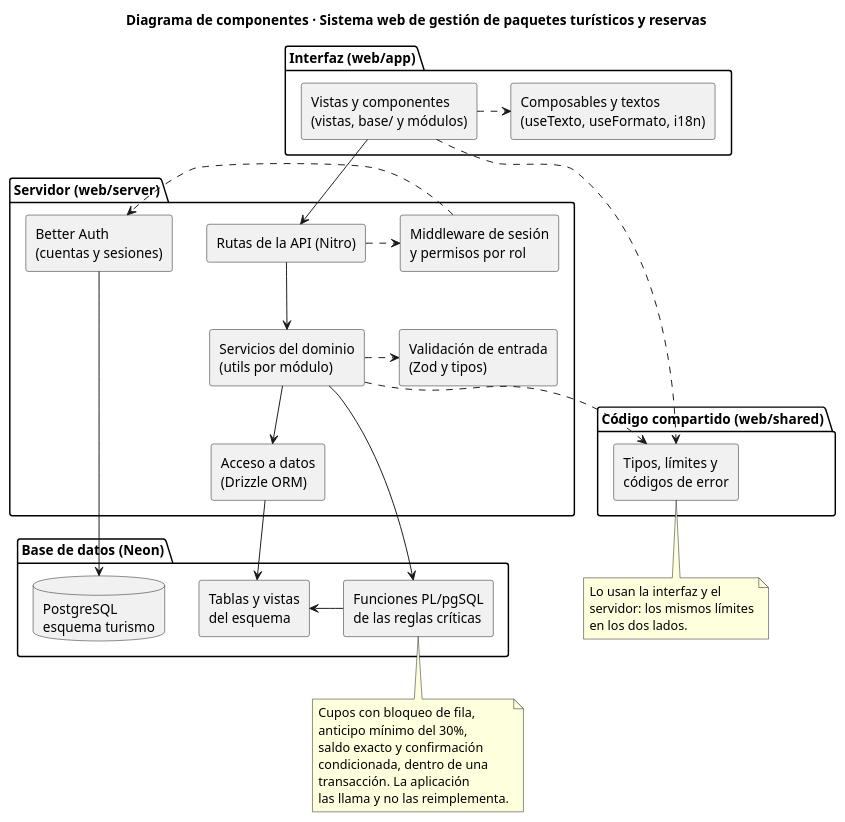
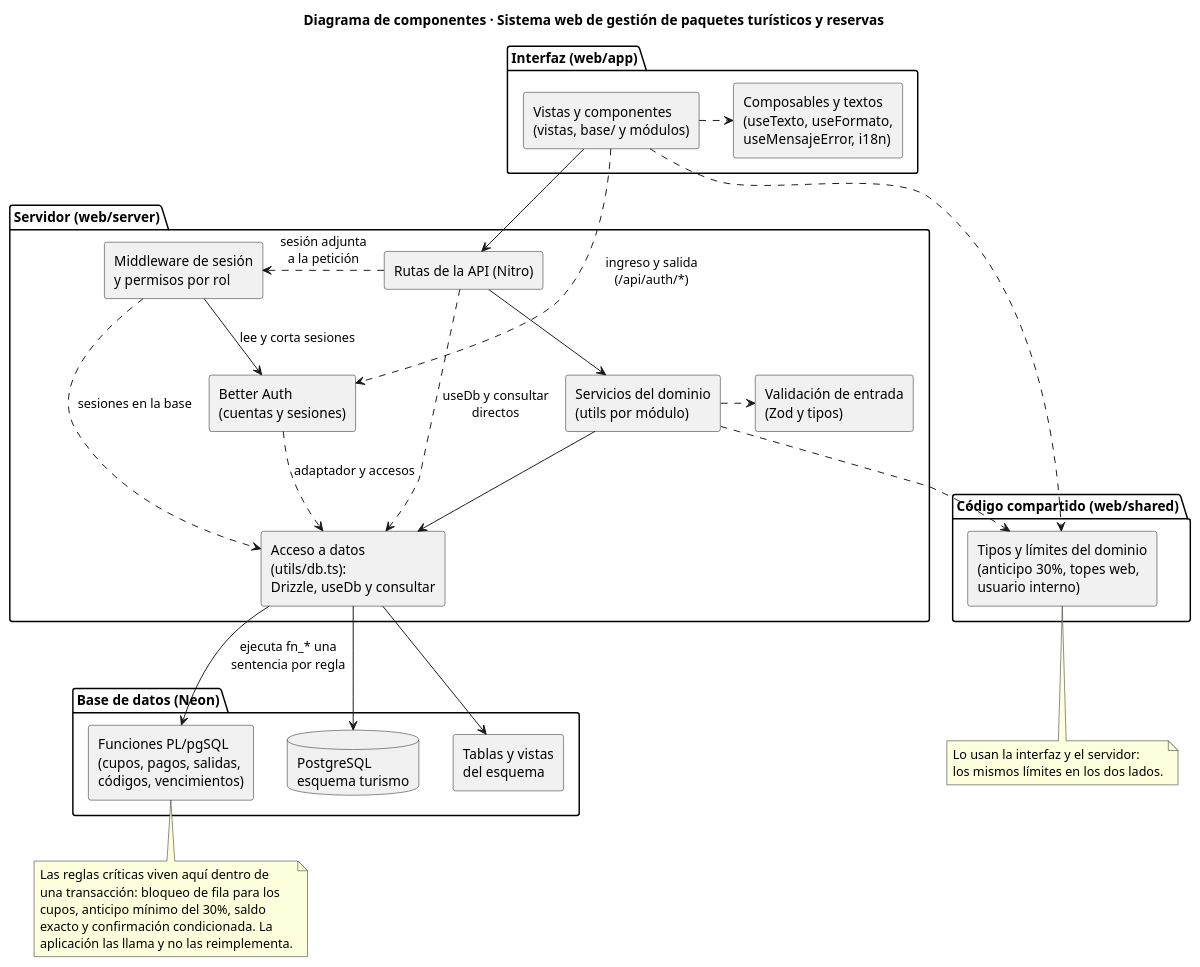
The diagram in sistema/diagramas/uml/estructural/diagrama-componentes.puml (fervflow/sis-inf3-proyecto-formativo), drawn with PlantUML before and after one commit. The commit also changed 1 other file, not shown here.

Commit message:
docs(diagramas): componente verificado contra el codigo
Auditoria del diagrama de componentes contra el arbol real de la web:
- Puerta unica de datos: todo el acceso pasa por utils/db.ts (Drizzle,
  useDb y consultar sobre el pool pg); rutas, middleware y Better Auth
  lo usan directamente, y de el salen las llamadas a tablas, vistas y
  funciones fn_*.
- Relacion nueva interfaz -> Better Auth: el ingreso y la salida van por
  /api/auth/* sin pasar por las rutas propias.
- Etiquetas precisas: composables con useMensajeError, compartido con
  tipos y limites (anticipo, topes web, usuario interno), funciones
  PL/pgSQL con el conjunto completo que llama la aplicacion.
- Verificacion sintactica y de rutas sin problemas; README actualizado.

```diff
--- a/sistema/diagramas/uml/estructural/diagrama-componentes.puml
+++ b/sistema/diagramas/uml/estructural/diagrama-componentes.puml
@@ -1,62 +1,65 @@
 @startuml
 title Diagrama de componentes · Sistema web de gestión de paquetes turísticos y reservas
-' Estructura del software: la interfaz llama a la API de Nitro; la API
-' usa los servicios del dominio y Better Auth; las reglas críticas (cupos,
-' anticipo, confirmación) viven en las funciones PL/pgSQL de la base y la
-' aplicación las llama, no las reimplementa.
+' Estructura del software verificada contra el código: la interfaz llama a
+' la API de Nitro y a Better Auth; las reglas críticas (cupos, anticipo,
+' confirmación) viven en las funciones PL/pgSQL de la base, y TODO el
+' acceso a datos pasa por utils/db.ts (Drizzle y consultar sobre un pool
+' pg): la aplicación las llama con una sola sentencia y no las
+' reimplementa.
 hide circle
 skinparam componentStyle rectangle
 
 package "Interfaz (web/app)" {
   component "Vistas y componentes\n(vistas, base/ y módulos)" as UI_VISTAS
-  component "Composables y textos\n(useTexto, useFormato, i18n)" as UI_COMPOSABLES
+  component "Composables y textos\n(useTexto, useFormato,\nuseMensajeError, i18n)" as UI_COMPOSABLES
 }
 
 package "Código compartido (web/shared)" {
-  component "Tipos, límites y\ncódigos de error" as SHARED
+  component "Tipos y límites del dominio\n(anticipo 30%, topes web,\nusuario interno)" as SHARED
 }
 
 package "Servidor (web/server)" {
   component "Middleware de sesión\ny permisos por rol" as MW
   component "Rutas de la API (Nitro)" as API
   component "Servicios del dominio\n(utils por módulo)" as SERV
   component "Validación de entrada\n(Zod y tipos)" as ZOD
   component "Better Auth\n(cuentas y sesiones)" as AUTH
-  component "Acceso a datos\n(Drizzle ORM)" as DRIZZLE
+  component "Acceso a datos\n(utils/db.ts):\nDrizzle, useDb y consultar" as DBACC
 }
 
 package "Base de datos (Neon)" {
   database "PostgreSQL\nesquema turismo" as PG
   component "Tablas y vistas\ndel esquema" as VISTAS
-  component "Funciones PL/pgSQL\nde las reglas críticas" as FNS
+  component "Funciones PL/pgSQL\n(cupos, pagos, salidas,\ncódigos, vencimientos)" as FNS
 }
 
 UI_VISTAS -down-> API
 UI_VISTAS .right.> UI_COMPOSABLES
-API .right.> MW
-MW .right.> AUTH
+UI_VISTAS ..> SHARED
+UI_VISTAS ..> AUTH : ingreso y salida\n(/api/auth/*)
+API .left.> MW : sesión adjunta\na la petición
+MW -down-> AUTH : lee y corta sesiones
 API -down-> SERV
+API ..> DBACC : useDb y consultar\ndirectos
+SERV -down-> DBACC
 SERV .right.> ZOD
 SERV ..> SHARED
-SERV -down-> DRIZZLE
-SERV -down-> FNS
-AUTH -down-> PG
-DRIZZLE -down-> VISTAS
-FNS -right-> VISTAS
-UI_VISTAS ..> SHARED
+MW ..> DBACC : sesiones en la base
+AUTH ..> DBACC : adaptador y accesos
+DBACC -down-> VISTAS
+DBACC -down-> FNS : ejecuta fn_* una\nsentencia por regla
+DBACC -down-> PG
 
 note bottom of FNS
-  Cupos con bloqueo de fila,
-  anticipo mínimo del 30%,
-  saldo exacto y confirmación
-  condicionada, dentro de una
-  transacción. La aplicación
-  las llama y no las reimplementa.
+  Las reglas críticas viven aquí dentro de
+  una transacción: bloqueo de fila para los
+  cupos, anticipo mínimo del 30%, saldo
+  exacto y confirmación condicionada. La
+  aplicación las llama y no las reimplementa.
 end note
 
 note bottom of SHARED
-  Lo usan la interfaz y el
-  servidor: los mismos límites
-  en los dos lados.
+  Lo usan la interfaz y el servidor:
+  los mismos límites en los dos lados.
 end note
 @enduml
```
